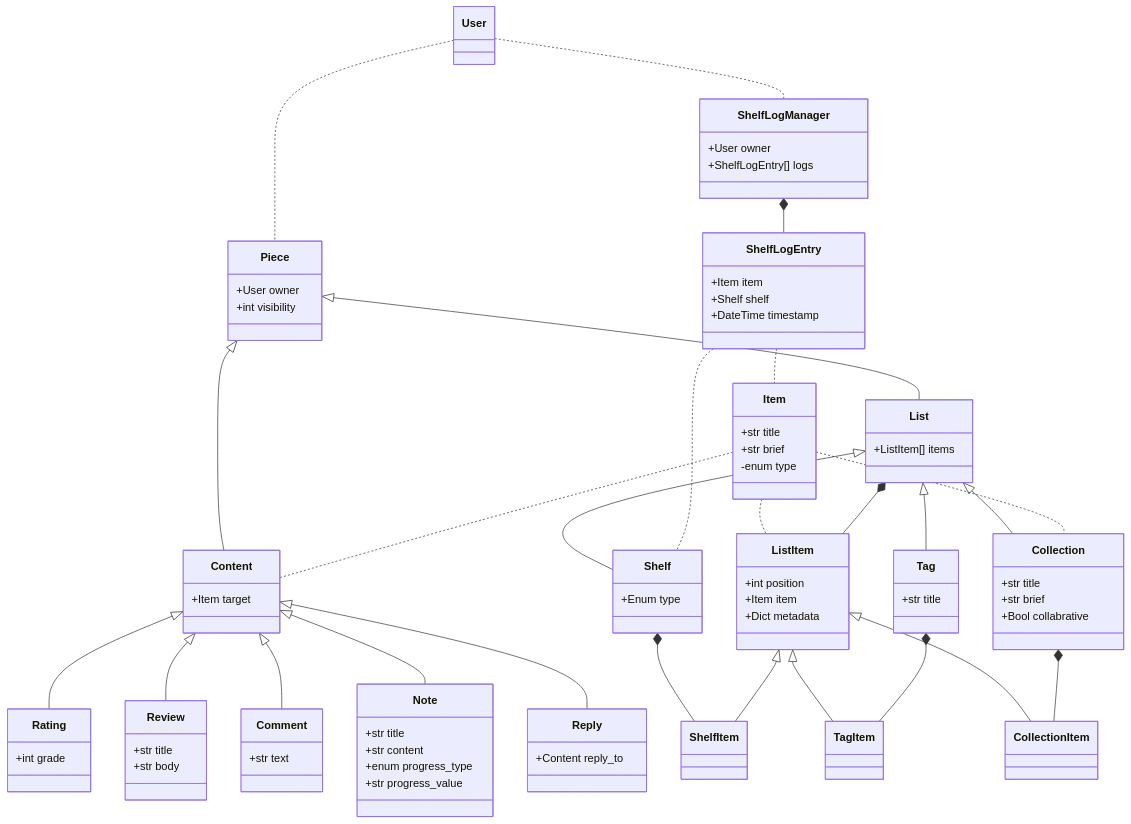
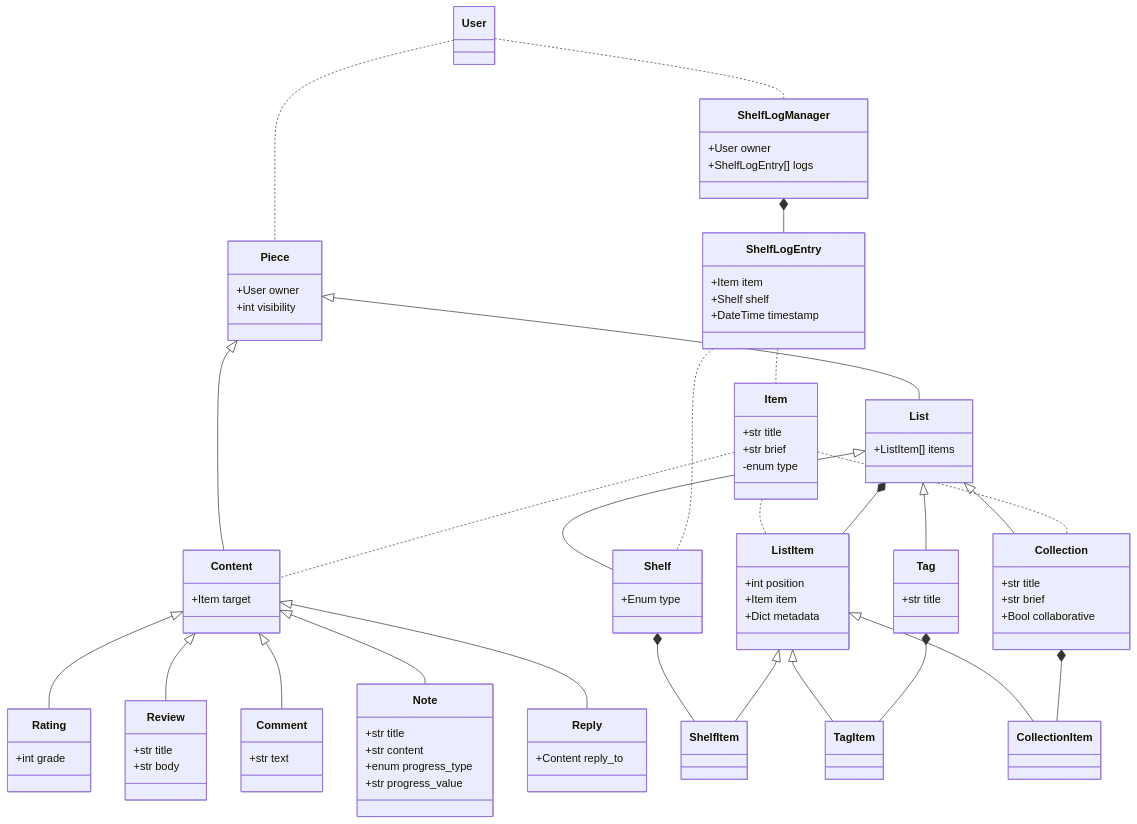
One commit to woyin/neodb changed the diagram in docs/internals/journal.md. Above: the diagram before and after it, drawn with Mermaid. The commit also changed 14 other files, not shown here.

```diff
--- a/docs/internals/journal.md
+++ b/docs/internals/journal.md
@@ -64,7 +64,7 @@
 class Collection {
     +str title
     +str brief
-    +Bool collabrative
+    +Bool collaborative
 }
 List <|-- Tag
 class Tag {
```
